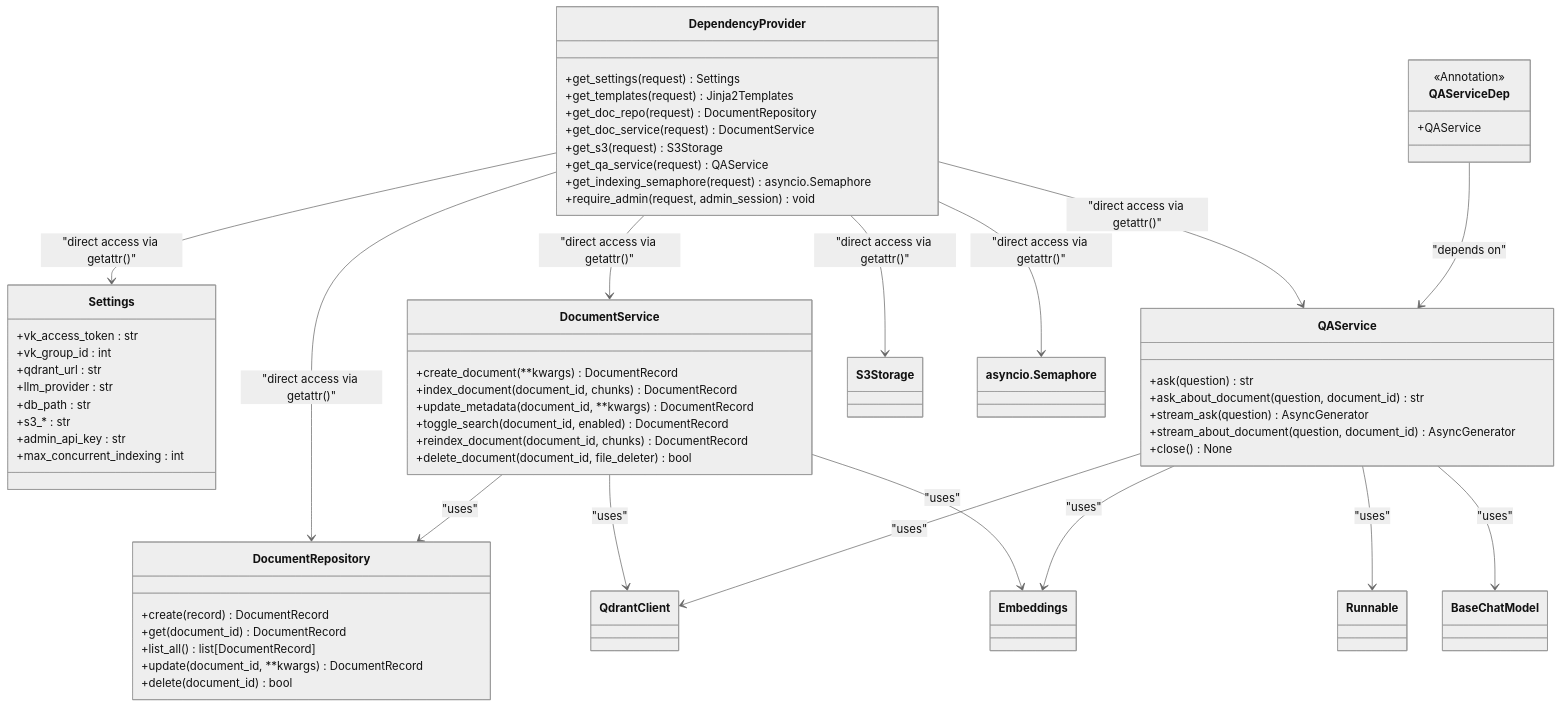
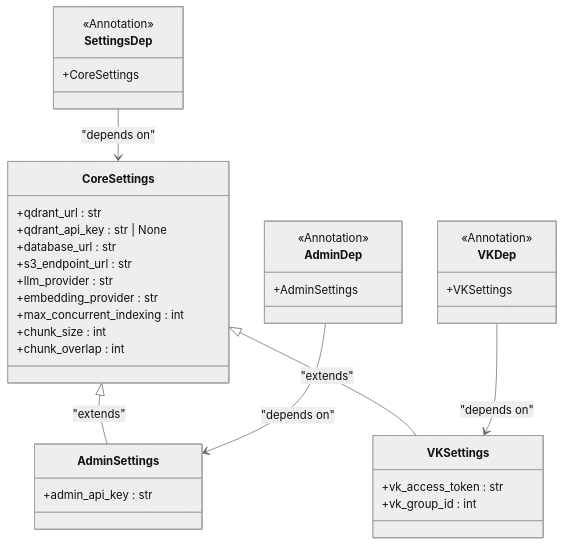
Before and after one commit to ognelis/cafetera_hr_bot: the third of 9 diagrams in .qoder/repowiki/en/content/API Reference/Dependency Injection System.md, drawn with Mermaid (neutral theme). The commit also changed other lines of this file and 25 other files, not shown here.

````diff
--- a/.qoder/repowiki/en/content/API Reference/Dependency Injection System.md
+++ b/.qoder/repowiki/en/content/API Reference/Dependency Injection System.md
@@ -235,63 +218,38 @@
 ```mermaid
 classDiagram
-class DependencyProvider {
-+get_settings(request) Settings
-+get_templates(request) Jinja2Templates
-+get_doc_repo(request) DocumentRepository
-+get_doc_service(request) DocumentService
-+get_s3(request) S3Storage
-+get_qa_service(request) QAService
-+get_indexing_semaphore(request) asyncio.Semaphore
-+require_admin(request, admin_session) void
+class CoreSettings {
++qdrant_url : str
++qdrant_api_key : str | None
++database_url : str
++s3_endpoint_url : str
++llm_provider : str
++embedding_provider : str
++max_concurrent_indexing : int
++chunk_size : int
++chunk_overlap : int
 }
-class Settings {
+class AdminSettings {
++admin_api_key : str
+}
+class VKSettings {
 +vk_access_token : str
 +vk_group_id : int
-+qdrant_url : str
-+llm_provider : str
-+db_path : str
-+s3_* : str
-+admin_api_key : str
-+max_concurrent_indexing : int
 }
-class DocumentRepository {
-+create(record) DocumentRecord
-+get(document_id) DocumentRecord
-+list_all() list[DocumentRecord]
-+update(document_id, **kwargs) DocumentRecord
-+delete(document_id) bool
+class SettingsDep {
+<<Annotation>>
++CoreSettings
 }
-class DocumentService {
-+create_document(**kwargs) DocumentRecord
-+index_document(document_id, chunks) DocumentRecord
-+update_metadata(document_id, **kwargs) DocumentRecord
-+toggle_search(document_id, enabled) DocumentRecord
-+reindex_document(document_id, chunks) DocumentRecord
-+delete_document(document_id, file_deleter) bool
+class AdminDep {
+<<Annotation>>
++AdminSettings
 }
-class QAService {
-+ask(question) str
-+ask_about_document(question, document_id) str
-+stream_ask(question) AsyncGenerator
-+stream_about_document(question, document_id) AsyncGenerator
-+close() None
+class VKDep {
+<<Annotation>>
++VKSettings
 }
-class QAServiceDep {
-<<Annotation>>
-+QAService
-}
-DependencyProvider --> Settings : "direct access via getattr()"
-DependencyProvider --> DocumentRepository : "direct access via getattr()"
-DependencyProvider --> DocumentService : "direct access via getattr()"
-DependencyProvider --> QAService : "direct access via getattr()"
-DependencyProvider --> S3Storage : "direct access via getattr()"
-DependencyProvider --> asyncio.Semaphore : "direct access via getattr()"
-DocumentService --> DocumentRepository : "uses"
-DocumentService --> QdrantClient : "uses"
-DocumentService --> Embeddings : "uses"
-QAService --> QdrantClient : "uses"
-QAService --> Embeddings : "uses"
-QAService --> Runnable : "uses"
-QAService --> BaseChatModel : "uses"
-QAServiceDep --> QAService : "depends on"
+CoreSettings <|-- AdminSettings : "extends"
+CoreSettings <|-- VKSettings : "extends"
+SettingsDep --> CoreSettings : "depends on"
+AdminDep --> AdminSettings : "depends on"
+VKDep --> VKSettings : "depends on"
 ```
````
